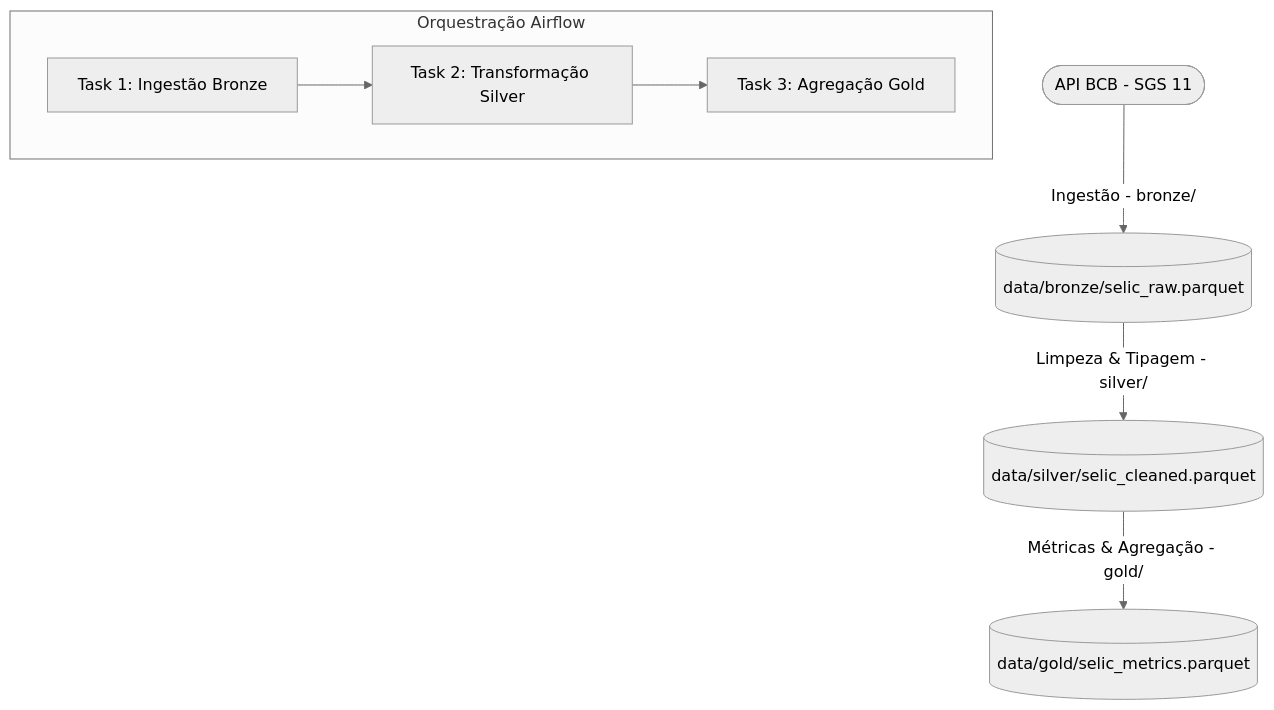
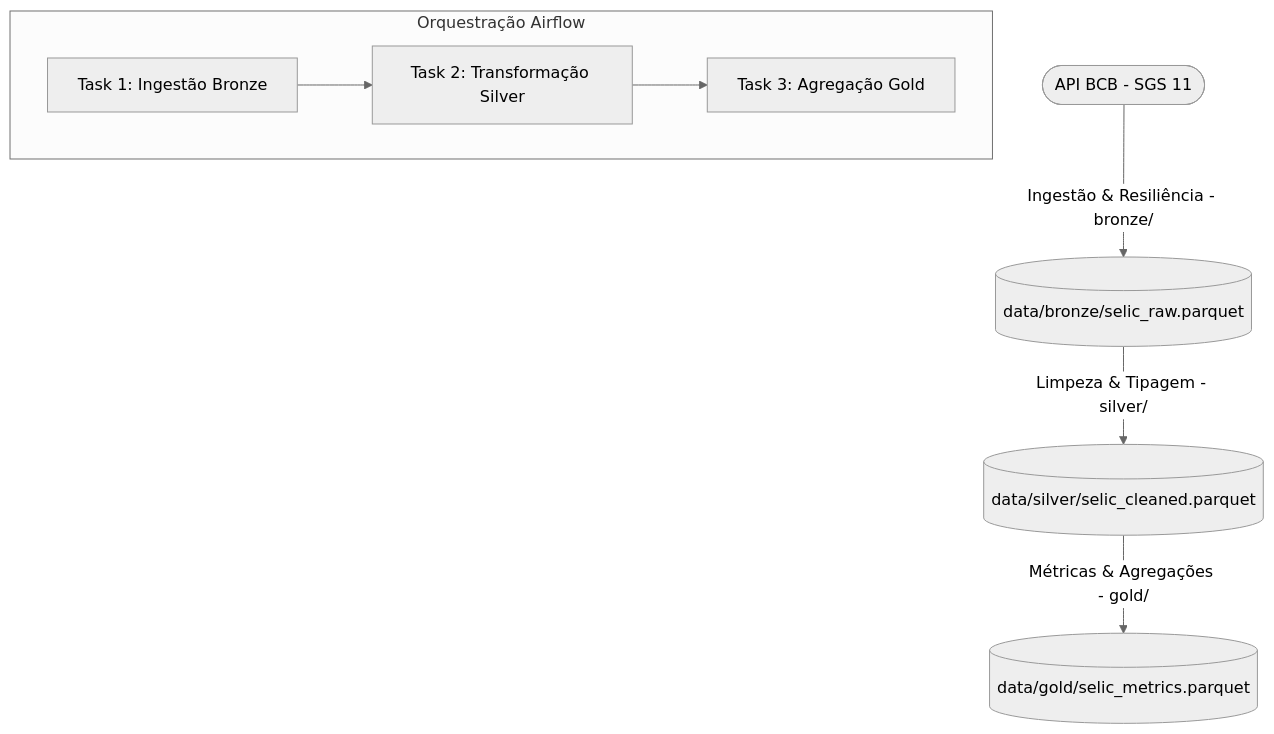
Before and after one commit to andreoliveira-dev/Desafio-BeAnalytics: the diagram in README.md, drawn with Mermaid (neutral theme). The commit also changed other lines of this file and 2 other files, not shown here.

````diff
--- a/README.md
+++ b/README.md
@@ -13,11 +13,11 @@
 ```mermaid
 graph TD
-    API([API BCB - SGS 11]) -->|Ingestão - bronze/| B_Stg[(data/bronze/selic_raw.parquet)]
+    API([API BCB - SGS 11]) -->|Ingestão & Resiliência - bronze/| B_Stg[(data/bronze/selic_raw.parquet)]
     B_Stg -->|Limpeza & Tipagem - silver/| S_Stg[(data/silver/selic_cleaned.parquet)]
-    S_Stg -->|Métricas & Agregação - gold/| G_Stg[(data/gold/selic_metrics.parquet)]
+    S_Stg -->|Métricas & Agregações - gold/| G_Stg[(data/gold/selic_metrics.parquet)]
 
     subgraph Airflow DAG [Orquestração Airflow]
         T1[Task 1: Ingestão Bronze] --> T2[Task 2: Transformação Silver]
         T2 --> T3[Task 3: Agregação Gold]
     end
 ```
````
